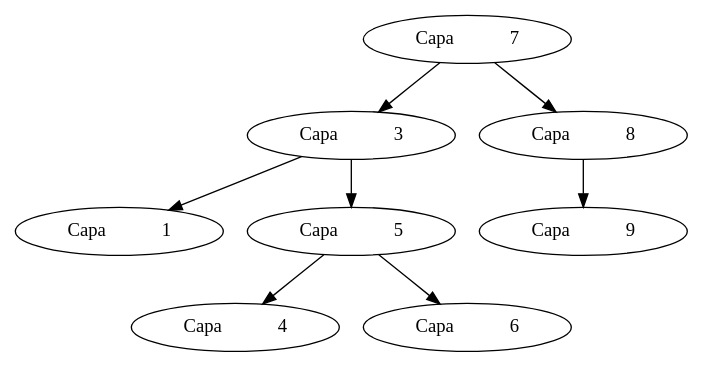
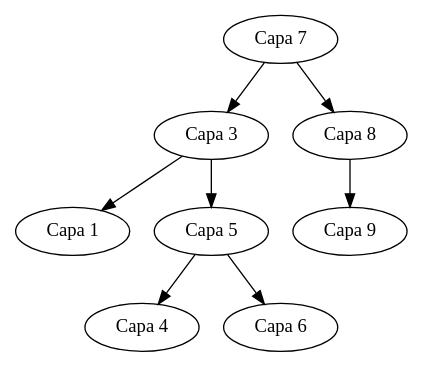
The diagram in arbolABB.dot (C-FernandoSazo/EDD_PROYECTOF2_202202906), drawn with Graphviz before and after one commit. The commit also changed 18 other files, not shown here.

```diff
--- a/arbolABB.dot
+++ b/arbolABB.dot
@@ -1,17 +1,17 @@
  digraph impresiones {
-           7 [label="Capa            7 "]
+7[label="Capa 7"]
            7  ->            3
-           3 [label="Capa            3 "]
+3[label="Capa 3"]
            3  ->            1
-           1 [label="Capa            1 "]
+1[label="Capa 1"]
            3  ->            5
-           5 [label="Capa            5 "]
+5[label="Capa 5"]
            5  ->            4
-           4 [label="Capa            4 "]
+4[label="Capa 4"]
            5  ->            6
-           6 [label="Capa            6 "]
+6[label="Capa 6"]
            7  ->            8
-           8 [label="Capa            8 "]
+8[label="Capa 8"]
            8  ->            9
-           9 [label="Capa            9 "]
+9[label="Capa 9"]
  }
```
